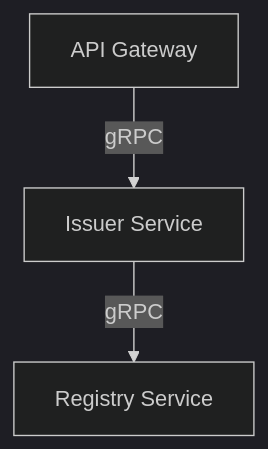
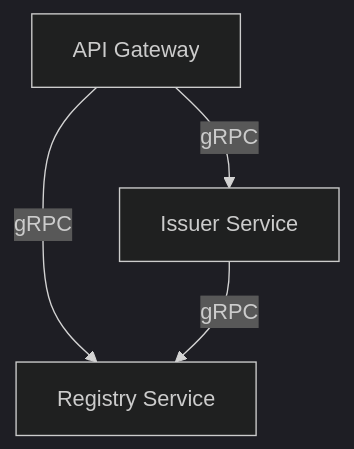
Before and after one commit to sirosfoundation/docs: the fifth of 10 diagrams in docs/sirosid/issuers/concepts.md, drawn with Mermaid (dark theme). The commit also changed other lines of this file and 15 other files, not shown here.

````diff
--- a/docs/sirosid/issuers/concepts.md
+++ b/docs/sirosid/issuers/concepts.md
@@ -339,9 +331,10 @@
 ```mermaid
 flowchart TB
     APIGW[API Gateway]
     Issuer[Issuer Service]
     Registry[Registry Service]
 
     APIGW -->|gRPC| Issuer
+    APIGW -->|gRPC| Registry
     Issuer -->|gRPC| Registry
 ```
````
